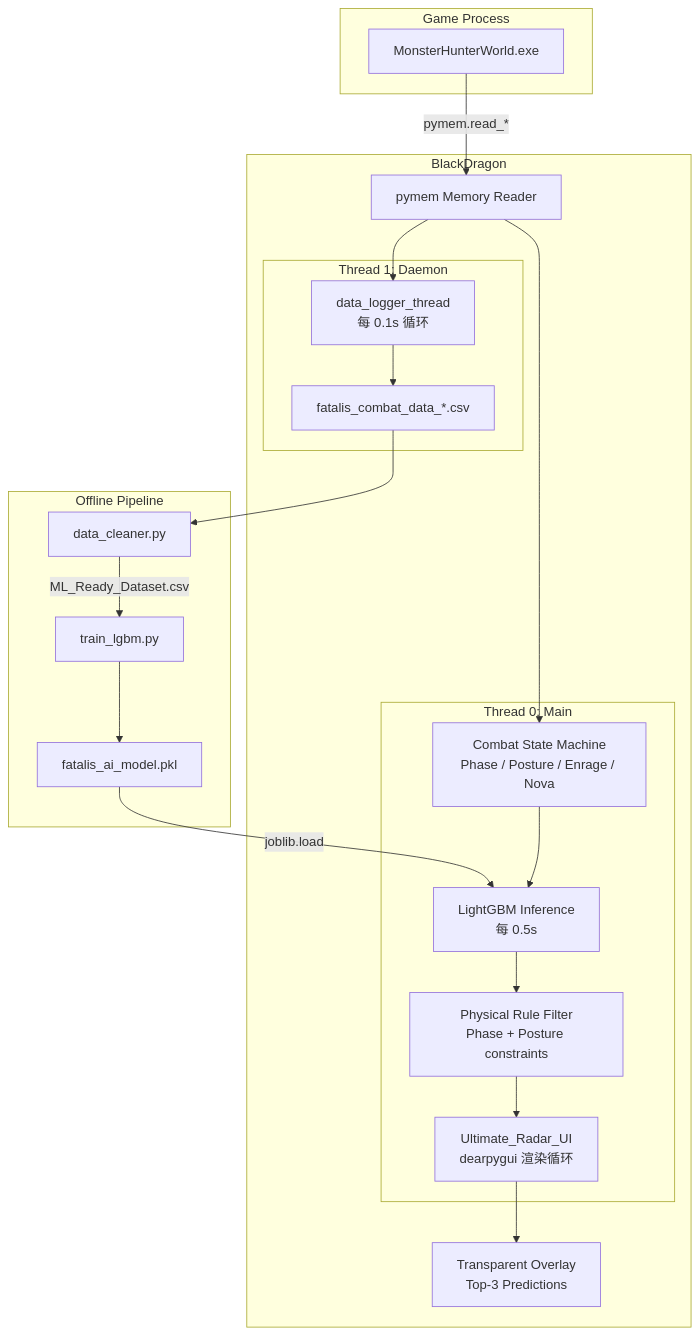
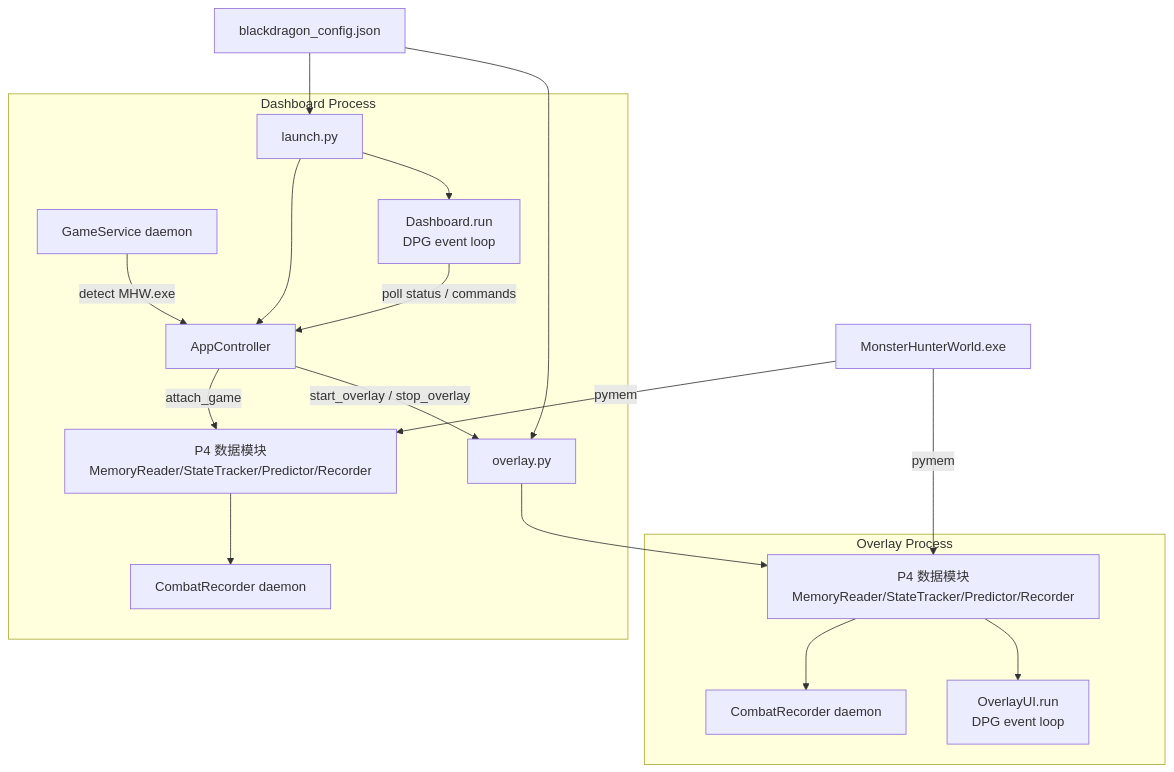
The diagram in obsidian/Architecture/System_Architecture.md (DeltMchey/Fatalis_Prediction), drawn with Mermaid before and after one commit. The commit also changed other lines of this file and 22 other files, not shown here.

Commit message:
docs: add BlackDragon v1 knowledge base

````diff
--- a/obsidian/Architecture/System_Architecture.md
+++ b/obsidian/Architecture/System_Architecture.md
@@ -17,43 +72,35 @@
 ```mermaid
 graph TD
-    subgraph "Game Process"
-        MHW[MonsterHunterWorld.exe]
+    subgraph "Dashboard Process"
+        LAUNCH[launch.py]
+        CTRL[AppController]
+        GS[GameService daemon]
+        DASH[Dashboard.run<br/>DPG event loop]
+        REC1[CombatRecorder daemon]
+        P4A[P4 数据模块<br/>MemoryReader/StateTracker/Predictor/Recorder]
+
+        LAUNCH --> CTRL
+        LAUNCH --> DASH
+        GS -->|detect MHW.exe| CTRL
+        CTRL -->|attach_game| P4A
+        P4A --> REC1
+        DASH -->|poll status / commands| CTRL
+        CTRL -->|start_overlay / stop_overlay| OV
     end
 
-    subgraph "BlackDragon"
-        MEM[pymem Memory Reader]
-        
-        subgraph "Thread 1: Daemon"
-            LOG[data_logger_thread<br/>每 0.1s 循环]
-            CSV[fatalis_combat_data_*.csv]
-        end
+    subgraph "Overlay Process"
+        OV[overlay.py]
+        OVUI[OverlayUI.run<br/>DPG event loop]
+        REC2[CombatRecorder daemon]
+        P4B[P4 数据模块<br/>MemoryReader/StateTracker/Predictor/Recorder]
 
-        subgraph "Thread 0: Main"
-            UI[Ultimate_Radar_UI<br/>dearpygui 渲染循环]
-            STATE[Combat State Machine<br/>Phase / Posture / Enrage / Nova]
-            AI[LightGBM Inference<br/>每 0.5s]
-            FILTER[Physical Rule Filter<br/>Phase + Posture constraints]
-        end
-        
-        OVERLAY[Transparent Overlay<br/>Top-3 Predictions]
+        OV --> P4B
+        P4B --> REC2
+        P4B --> OVUI
     end
 
-    subgraph "Offline Pipeline"
-        CLEAN[data_cleaner.py]
-        TRAIN[train_lgbm.py]
-        MODEL[fatalis_ai_model.pkl]
-    end
-
-    MHW -->|pymem.read_*| MEM
-    MEM --> LOG
-    MEM --> STATE
-    LOG --> CSV
-    CSV --> CLEAN
-    CLEAN -->|ML_Ready_Dataset.csv| TRAIN
-    TRAIN --> MODEL
-    MODEL -->|joblib.load| AI
-    STATE --> AI
-    AI --> FILTER
-    FILTER --> UI
-    UI --> OVERLAY
+    GAME[MonsterHunterWorld.exe] -->|pymem| P4A
+    GAME -->|pymem| P4B
+    CFG[blackdragon_config.json] --> LAUNCH
+    CFG --> OV
 ```
````
